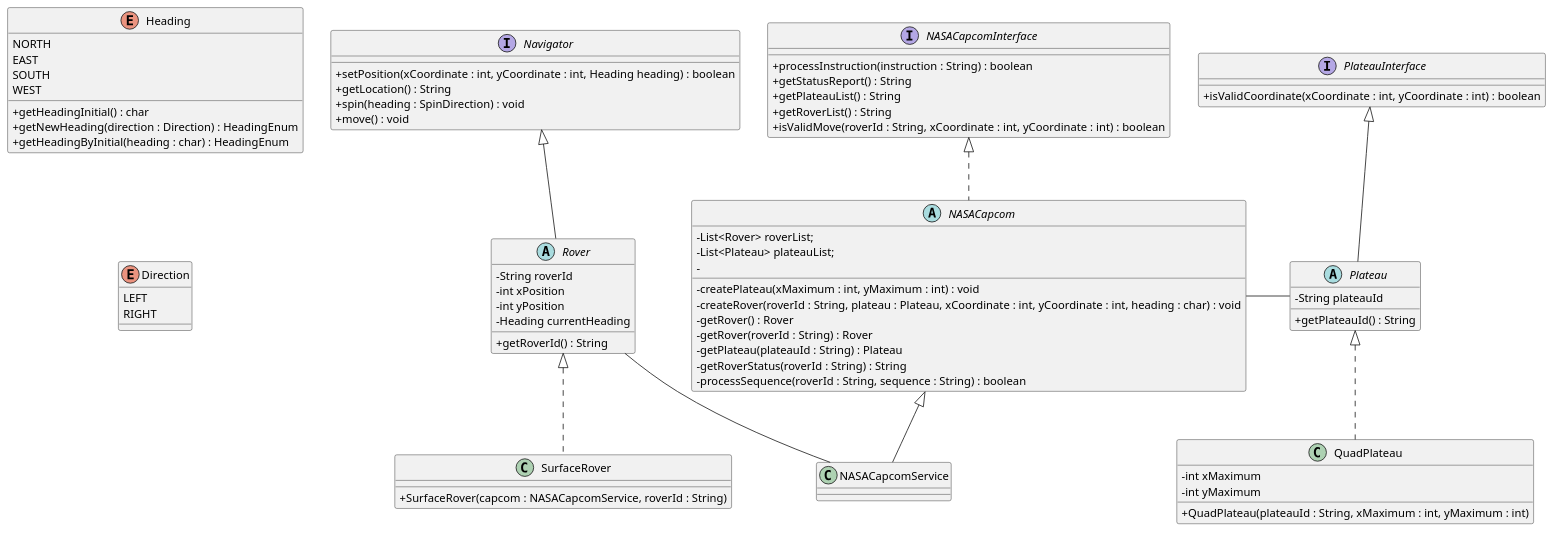
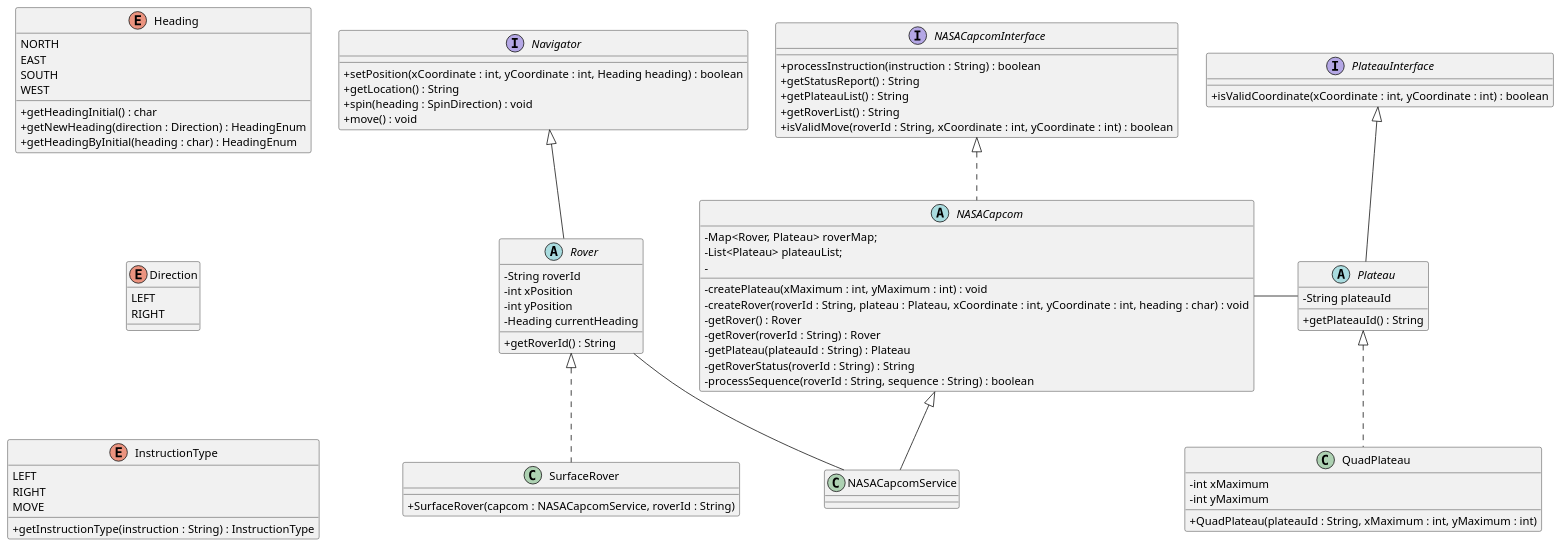
One commit to probert999/mars-rover changed the diagram in uml/MarsRoverClassDiagram.puml. Above: the diagram before and after it, drawn with PlantUML. The commit also changed 7 other files, not shown here.

Commit message:
Added InstructionType enum, more Capcom tests and methods

```diff
--- a/uml/MarsRoverClassDiagram.puml
+++ b/uml/MarsRoverClassDiagram.puml
@@ -1,90 +1,100 @@
 @startuml
 skinparam classAttributeIconSize 0
 
 interface Navigator {
     + setPosition(xCoordinate : int, yCoordinate : int, Heading heading) : boolean
     + getLocation() : String
     + spin(heading : SpinDirection) : void
     + move() : void
 }
 
 abstract class Rover extends Navigator  {
   - String roverId
   - int xPosition
   - int yPosition
   - Heading currentHeading
 
   + getRoverId() : String
 }
 
 class SurfaceRover implements Rover  {
     + SurfaceRover(capcom : NASACapcomService, roverId : String)
 }
 
 interface PlateauInterface  {
    + isValidCoordinate(xCoordinate : int, yCoordinate : int) : boolean
 }
 
 abstract class Plateau extends PlateauInterface {
   - String plateauId
   + getPlateauId() : String
 }
 
 class QuadPlateau implements Plateau {
   - int xMaximum
   - int yMaximum
 
    + QuadPlateau(plateauId : String, xMaximum : int, yMaximum : int)
 
 }
 
 
 enum Heading
 {
 NORTH
 EAST
 SOUTH
 WEST
 + getHeadingInitial() : char
 + getNewHeading(direction : Direction) : HeadingEnum
 + getHeadingByInitial(heading : char) : HeadingEnum
 }
 
 enum Direction
 {
 LEFT
 RIGHT
 }
 
+enum InstructionType
+{
+LEFT
+RIGHT
+MOVE
++ getInstructionType(instruction : String) : InstructionType
+}
+
 interface NASACapcomInterface {
   + processInstruction(instruction : String) : boolean
   + getStatusReport() : String
   + getPlateauList() : String
   + getRoverList() : String
   + isValidMove(roverId : String, xCoordinate : int, yCoordinate : int) : boolean
 }
 
 abstract class NASACapcom implements NASACapcomInterface {
-  - List<Rover> roverList;
+  - Map<Rover, Plateau> roverMap;
   - List<Plateau> plateauList;
 -
   - createPlateau(xMaximum : int, yMaximum : int) : void
   - createRover(roverId : String, plateau : Plateau, xCoordinate : int, yCoordinate : int, heading : char) : void
   - getRover() : Rover
   - getRover(roverId : String) : Rover
   - getPlateau(plateauId : String) : Plateau
   - getRoverStatus(roverId : String) : String
   - processSequence(roverId : String, sequence : String) : boolean
 }
 
 class NASACapcomService extends NASACapcom
 {
 }
 
 NASACapcom - Plateau
 Rover -- NASACapcomService
 
 
 Heading -[hidden] Navigator
 Heading -[hidden]d-> Direction
+Direction -[hidden]d-> InstructionType
+
 @enduml
```
